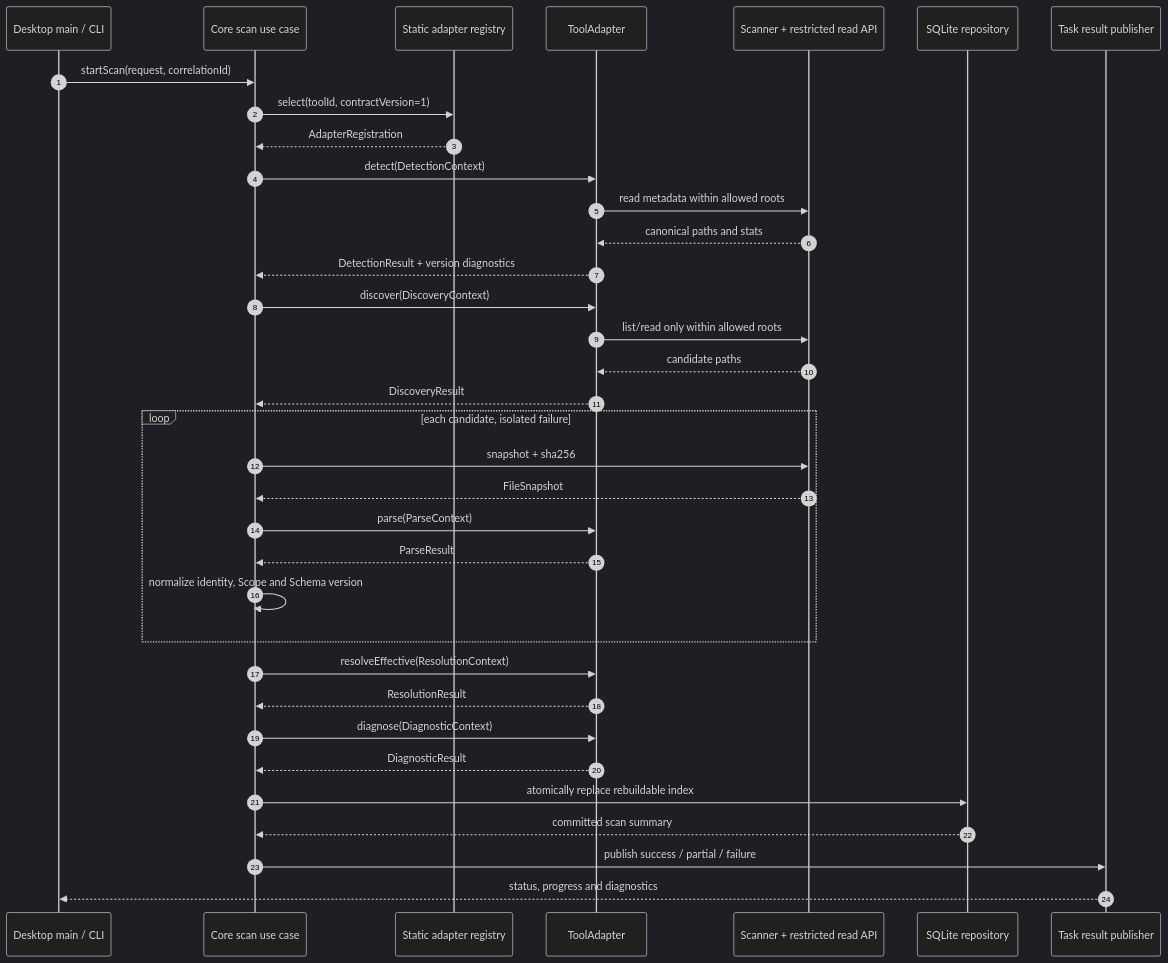
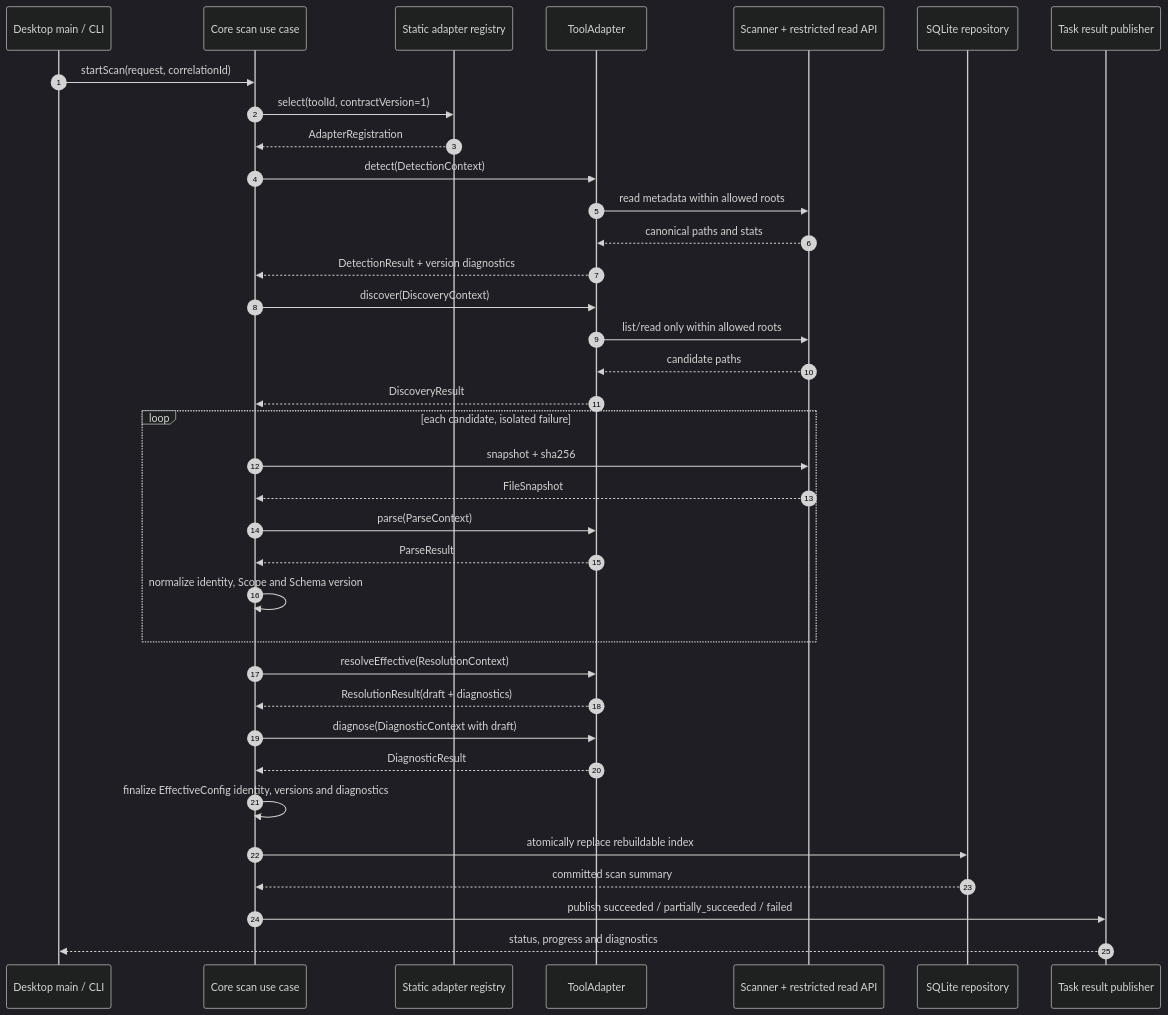
One commit to xuexuan1997/AI-Config-Hub changed the diagram in docs/architecture/adapter-system.md. Above: the diagram before and after it, drawn with Mermaid (dark theme). The commit also changed other lines of this file and 10 other files, not shown here.

````diff
--- a/docs/architecture/adapter-system.md
+++ b/docs/architecture/adapter-system.md
@@ -608,38 +639,39 @@
 ```mermaid
 sequenceDiagram
     autonumber
     participant Client as Desktop main / CLI
     participant Core as Core scan use case
     participant Registry as Static adapter registry
     participant Adapter as ToolAdapter
     participant Scanner as Scanner + restricted read API
     participant Storage as SQLite repository
     participant Events as Task result publisher
 
     Client->>Core: startScan(request, correlationId)
     Core->>Registry: select(toolId, contractVersion=1)
     Registry-->>Core: AdapterRegistration
     Core->>Adapter: detect(DetectionContext)
     Adapter->>Scanner: read metadata within allowed roots
     Scanner-->>Adapter: canonical paths and stats
     Adapter-->>Core: DetectionResult + version diagnostics
     Core->>Adapter: discover(DiscoveryContext)
     Adapter->>Scanner: list/read only within allowed roots
     Scanner-->>Adapter: candidate paths
     Adapter-->>Core: DiscoveryResult
     loop each candidate, isolated failure
         Core->>Scanner: snapshot + sha256
         Scanner-->>Core: FileSnapshot
         Core->>Adapter: parse(ParseContext)
         Adapter-->>Core: ParseResult
         Core->>Core: normalize identity, Scope and Schema version
     end
     Core->>Adapter: resolveEffective(ResolutionContext)
-    Adapter-->>Core: ResolutionResult
-    Core->>Adapter: diagnose(DiagnosticContext)
+    Adapter-->>Core: ResolutionResult(draft + diagnostics)
+    Core->>Adapter: diagnose(DiagnosticContext with draft)
     Adapter-->>Core: DiagnosticResult
+    Core->>Core: finalize EffectiveConfig identity, versions and diagnostics
     Core->>Storage: atomically replace rebuildable index
     Storage-->>Core: committed scan summary
-    Core->>Events: publish success / partial / failure
+    Core->>Events: publish succeeded / partially_succeeded / failed
     Events-->>Client: status, progress and diagnostics
 ```
````
